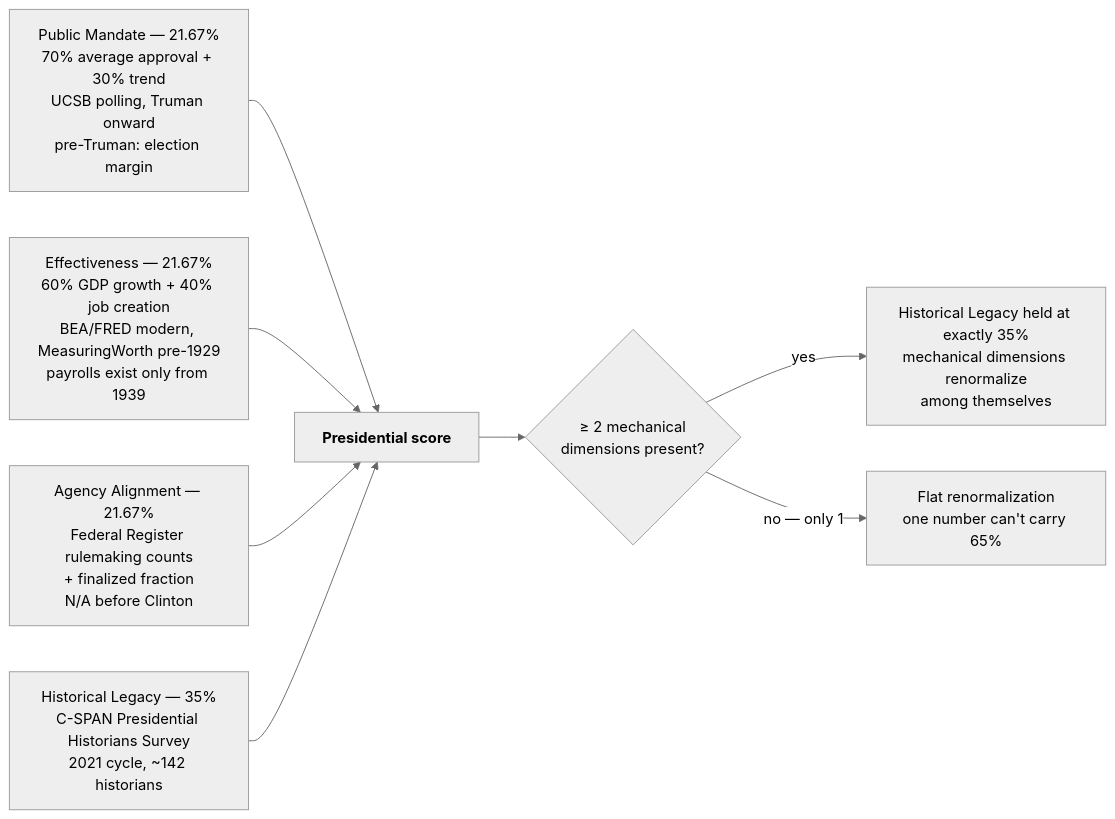
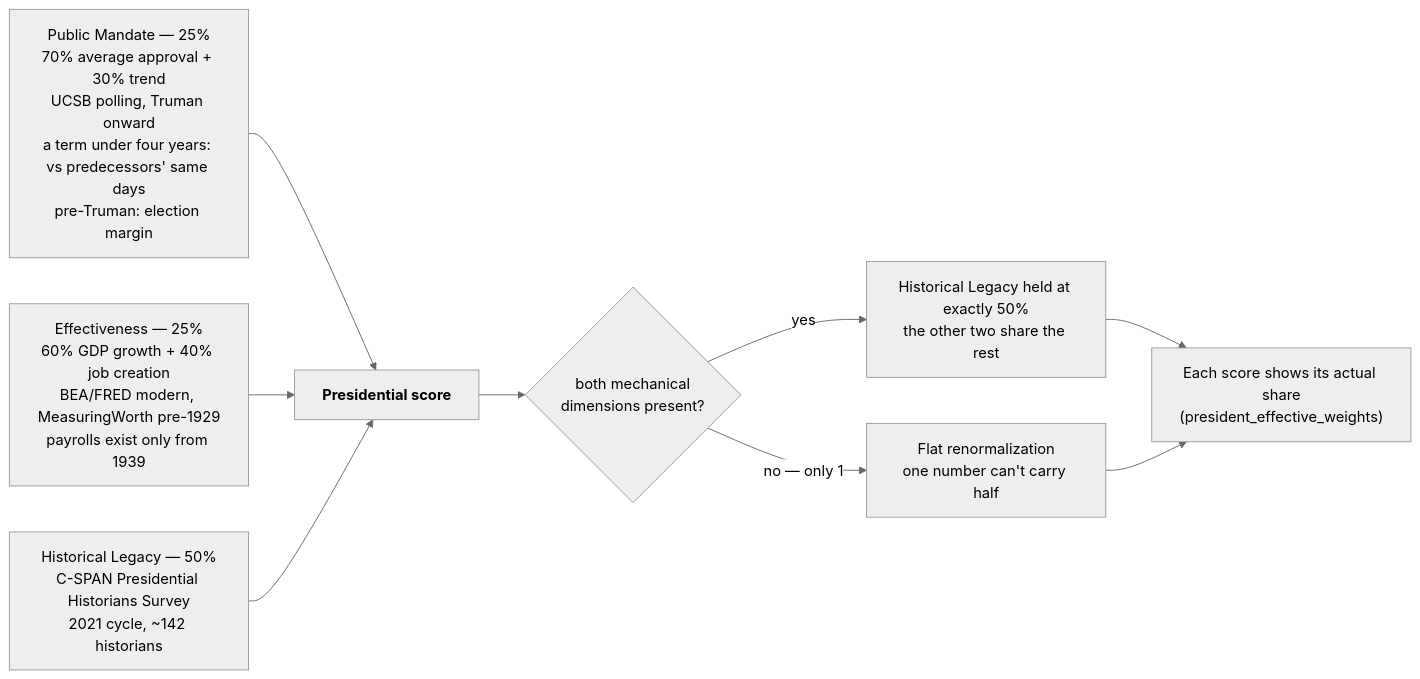
Before and after one commit to kamoras/civitas: the second of 3 diagrams in docs/diagrams/05-scoring.md, drawn with Mermaid (neutral theme). The commit also changed other lines of this file and 35 other files, not shown here.

First line of the commit message:
President v7: Historical Legacy 50%, Agency Alignment removed, a term cut short compared over its own days, actual weights shown

````diff
--- a/docs/diagrams/05-scoring.md
+++ b/docs/diagrams/05-scoring.md
@@ -73,16 +73,16 @@
 ```mermaid
 flowchart LR
-    PM["Public Mandate — 21.67%<br/>70% average approval + 30% trend<br/>UCSB polling, Truman onward<br/>pre-Truman: election margin"]
-    EFF["Effectiveness — 21.67%<br/>60% GDP growth + 40% job creation<br/>BEA/FRED modern, MeasuringWorth pre-1929<br/>payrolls exist only from 1939"]
-    AA["Agency Alignment — 21.67%<br/>Federal Register rulemaking counts<br/>+ finalized fraction<br/>N/A before Clinton"]
-    HL["Historical Legacy — 35%<br/>C-SPAN Presidential Historians Survey<br/>2021 cycle, ~142 historians"]
+    PM["Public Mandate — 25%<br/>70% average approval + 30% trend<br/>UCSB polling, Truman onward<br/>a term under four years: vs predecessors' same days<br/>pre-Truman: election margin"]
+    EFF["Effectiveness — 25%<br/>60% GDP growth + 40% job creation<br/>BEA/FRED modern, MeasuringWorth pre-1929<br/>payrolls exist only from 1939"]
+    HL["Historical Legacy — 50%<br/>C-SPAN Presidential Historians Survey<br/>2021 cycle, ~142 historians"]
 
     PM --> OVR["<b>Presidential score</b>"]
     EFF --> OVR
-    AA --> OVR
     HL --> OVR
 
-    OVR --> RENORM{"≥ 2 mechanical<br/>dimensions present?"}
-    RENORM -->|yes| HOLD["Historical Legacy held at exactly 35%<br/>mechanical dimensions renormalize<br/>among themselves"]
-    RENORM -->|"no — only 1"| FLAT["Flat renormalization<br/>one number can't carry 65%"]
+    OVR --> RENORM{"both mechanical<br/>dimensions present?"}
+    RENORM -->|yes| HOLD["Historical Legacy held at exactly 50%<br/>the other two share the rest"]
+    RENORM -->|"no — only 1"| FLAT["Flat renormalization<br/>one number can't carry half"]
+    HOLD --> SHOWN["Each score shows its actual share<br/>(president_effective_weights)"]
+    FLAT --> SHOWN
 ```
````
